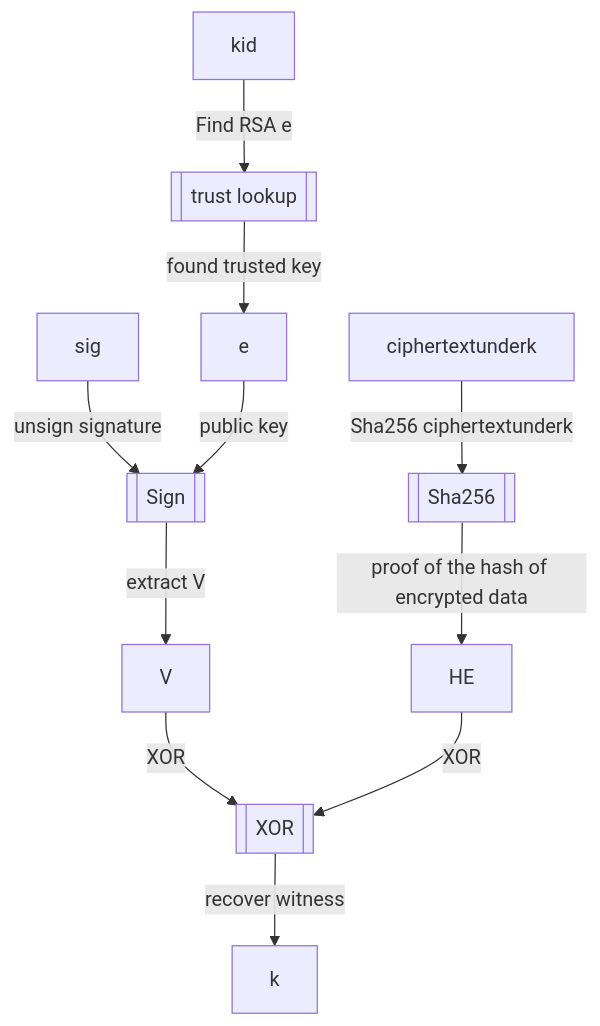
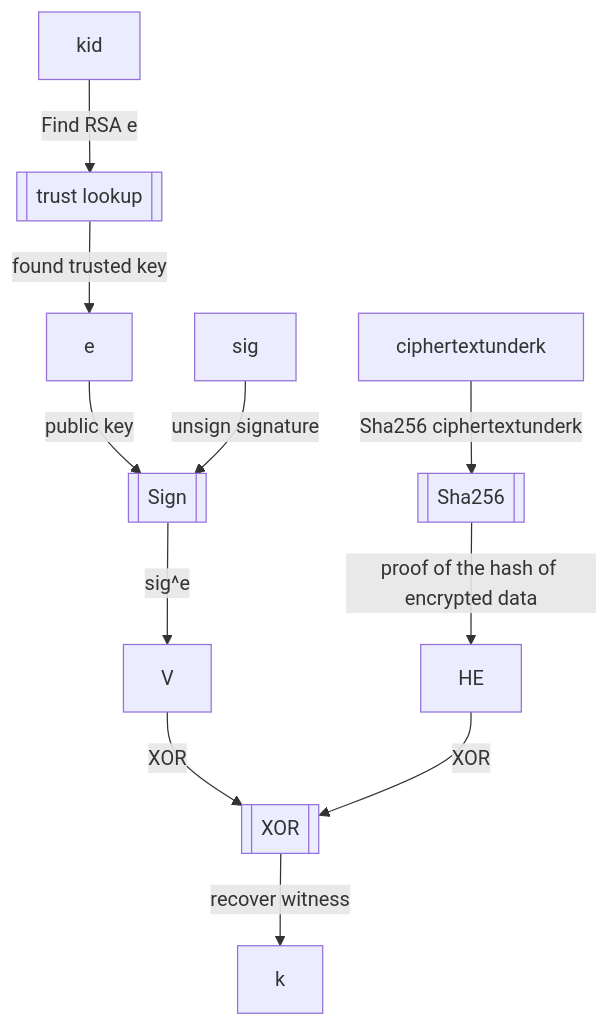
One commit to rfielding/whiskeyTango changed the third of 3 diagrams in README.md. Above: the diagram before and after it, drawn with Mermaid.

Commit message:
update diagram

````diff
--- a/README.md
+++ b/README.md
@@ -146,19 +146,19 @@
 ```mermaid
 flowchart TB
   trustlookup[[trust lookup]]
   kid-- Find RSA e -->trustlookup
   trustlookup-- found trusted key -->e
   Sha256[[Sha256]]
   ciphertextunderk-- Sha256 ciphertextunderk -->Sha256
   Sha256-- proof of the hash of encrypted data -->HE
   Sign[[Sign]]
+  e-- public key -->Sign
   sig-- unsign signature -->Sign
-  e-- public key -->Sign
-  Sign-- extract V -->V
+  Sign-- sig^e -->V
   XOR[[XOR]]
   V-- XOR -->XOR
   HE-- XOR -->XOR
   XOR-- recover witness -->k
 
   
 ```
````
